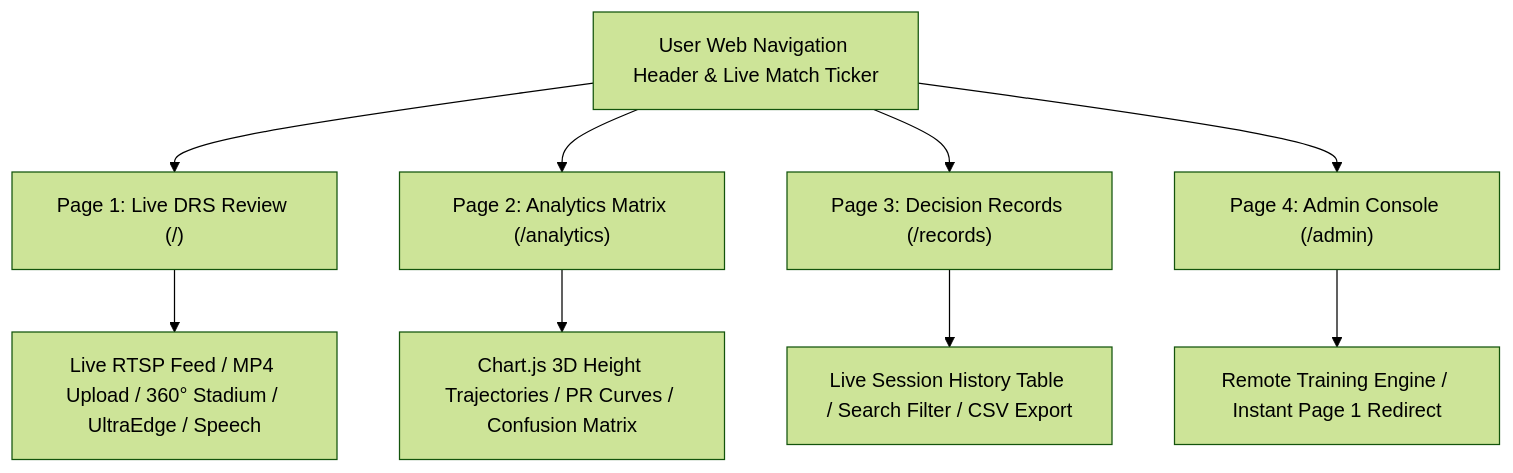
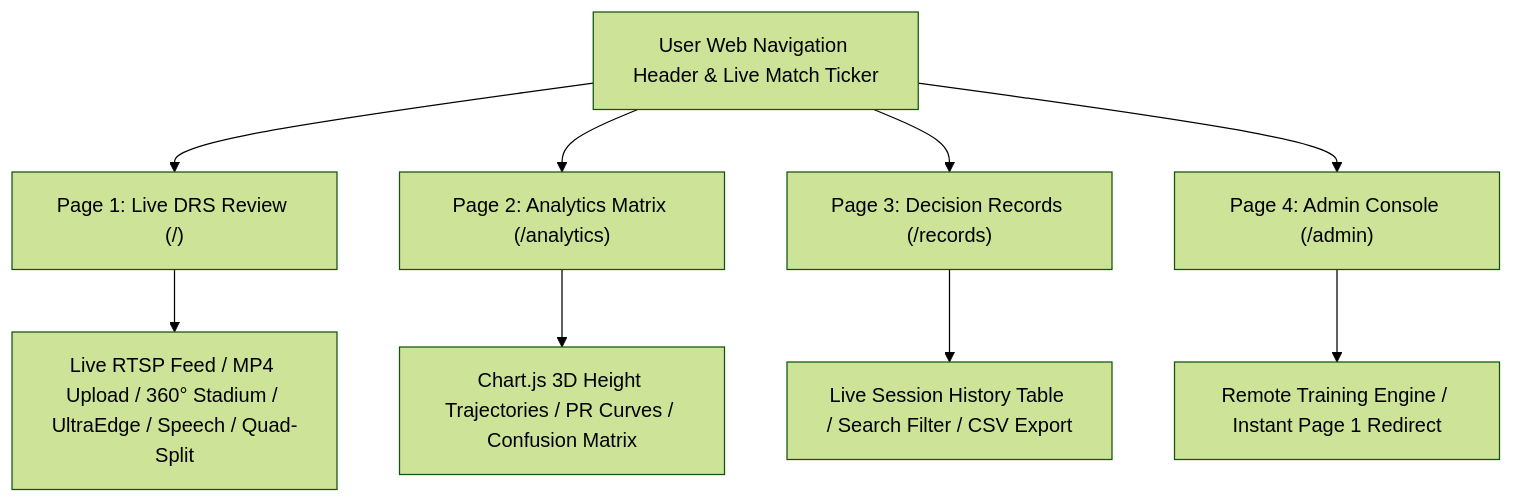
The third of 13 diagrams in README.md (udbhav968-creator/opencv), drawn with Mermaid (forest theme) before and after one commit. The commit also changed other lines of this file and 1 other file, not shown here.

Commit message:
feat: Add Multi-Camera Quad-Split Broadcast View mode to Page 1 and update 13-flowchart masterclass README

````diff
--- a/README.md
+++ b/README.md
@@ -61,12 +61,12 @@
 ```mermaid
 flowchart TD
     A["User Web Navigation Header & Live Match Ticker"] --> B["Page 1: Live DRS Review (/)"]
     A --> C["Page 2: Analytics Matrix (/analytics)"]
     A --> D["Page 3: Decision Records (/records)"]
     A --> E["Page 4: Admin Console (/admin)"]
 
-    B --> F["Live RTSP Feed / MP4 Upload / 360° Stadium / UltraEdge / Speech"]
+    B --> F["Live RTSP Feed / MP4 Upload / 360° Stadium / UltraEdge / Speech / Quad-Split"]
     C --> G["Chart.js 3D Height Trajectories / PR Curves / Confusion Matrix"]
     D --> H["Live Session History Table / Search Filter / CSV Export"]
     E --> I["Remote Training Engine / Instant Page 1 Redirect"]
 ```
````
